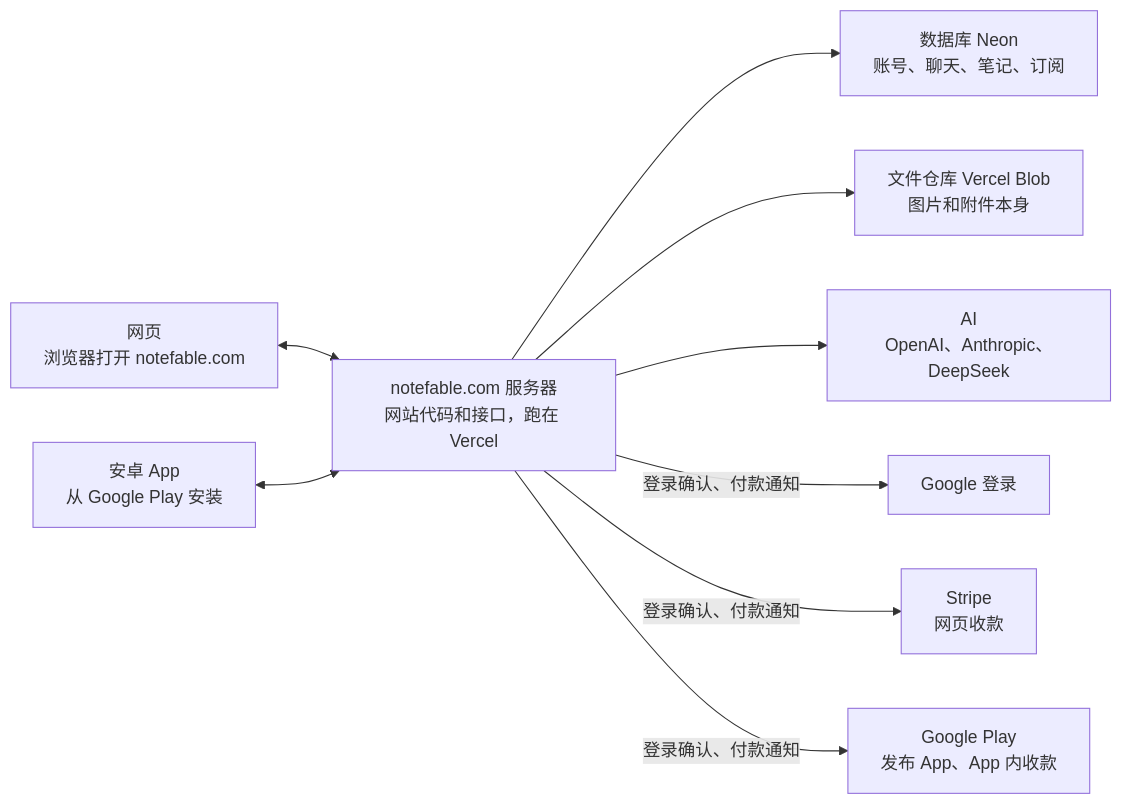
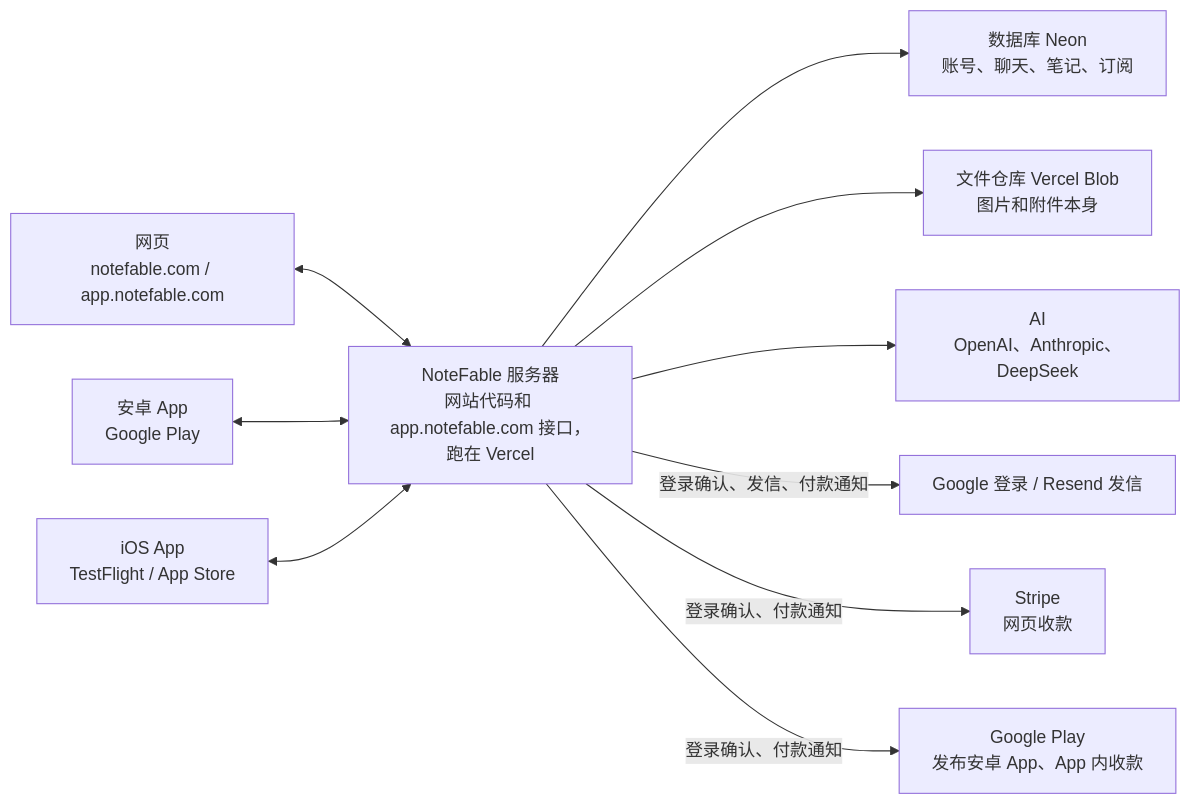
Before and after one commit to kakumine2001/NoteFable: the diagram in docs/project-map.md, drawn with Mermaid. The commit also changed other lines of this file and 18 other files, not shown here.

````diff
--- a/docs/project-map.md
+++ b/docs/project-map.md
@@ -11,12 +11,13 @@
 ```mermaid
 flowchart LR
-  Web["网页<br/>浏览器打开 notefable.com"] <--> Server
-  App["安卓 App<br/>从 Google Play 安装"] <--> Server
-  Server["notefable.com 服务器<br/>网站代码和接口，跑在 Vercel"]
+  Web["网页<br/>notefable.com / app.notefable.com"] <--> Server
+  Android["安卓 App<br/>Google Play"] <--> Server
+  iOS["iOS App<br/>TestFlight / App Store"] <--> Server
+  Server["NoteFable 服务器<br/>网站代码和 app.notefable.com 接口，跑在 Vercel"]
   Server --> DB["数据库 Neon<br/>账号、聊天、笔记、订阅"]
   Server --> Blob["文件仓库 Vercel Blob<br/>图片和附件本身"]
   Server --> AI["AI<br/>OpenAI、Anthropic、DeepSeek"]
-  Server -- 登录确认、付款通知 --> Login["Google 登录"]
+  Server -- 登录确认、发信、付款通知 --> Login["Google 登录 / Resend 发信"]
   Server -- 登录确认、付款通知 --> Stripe["Stripe<br/>网页收款"]
-  Server -- 登录确认、付款通知 --> Play["Google Play<br/>发布 App、App 内收款"]
+  Server -- 登录确认、付款通知 --> Play["Google Play<br/>发布安卓 App、App 内收款"]
 ```
````
